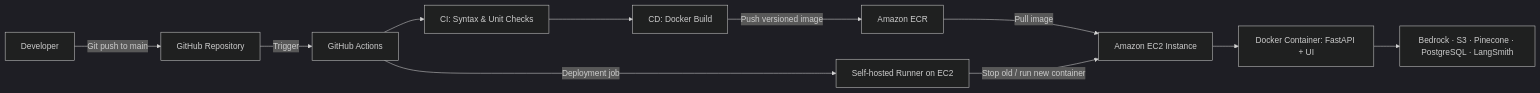
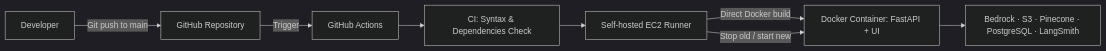
The second of 2 diagrams in README.md (TechieRahul-svg/VaultAI), drawn with Mermaid (dark theme) before and after one commit. The commit also changed 1 other file, not shown here.

Commit message:
cicd added

````diff
--- a/README.md
+++ b/README.md
@@ -93,13 +93,10 @@
 ```mermaid
 flowchart LR
     DEV[Developer] -->|Git push to main| GH[GitHub Repository]
     GH -->|Trigger| GA[GitHub Actions]
-    GA --> CI[CI: Syntax & Unit Checks]
-    CI --> BUILD[CD: Docker Build]
-    BUILD -->|Push versioned image| ECR[Amazon ECR]
-    ECR -->|Pull image| EC2[Amazon EC2 Instance]
-    GA -->|Deployment job| RUNNER[Self-hosted Runner on EC2]
-    RUNNER -->|Stop old / run new container| EC2
-    EC2 --> DOCKER[Docker Container: FastAPI + UI]
+    GA --> CI[CI: Syntax & Dependencies Check]
+    CI --> RUNNER[Self-hosted EC2 Runner]
+    RUNNER -->|Direct Docker build| DOCKER[Docker Container: FastAPI + UI]
+    RUNNER -->|Stop old / start new| DOCKER
     DOCKER --> SERVICES[Bedrock · S3 · Pinecone · PostgreSQL · LangSmith]
 ```
````
